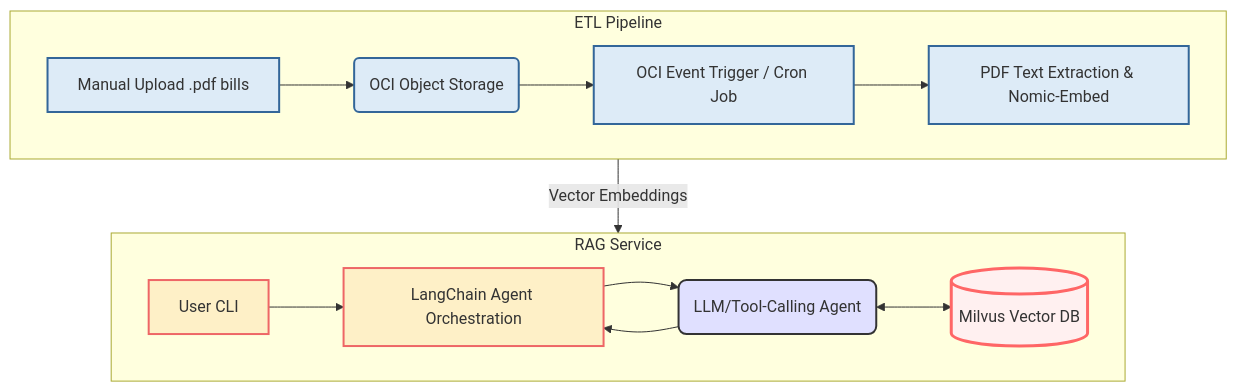
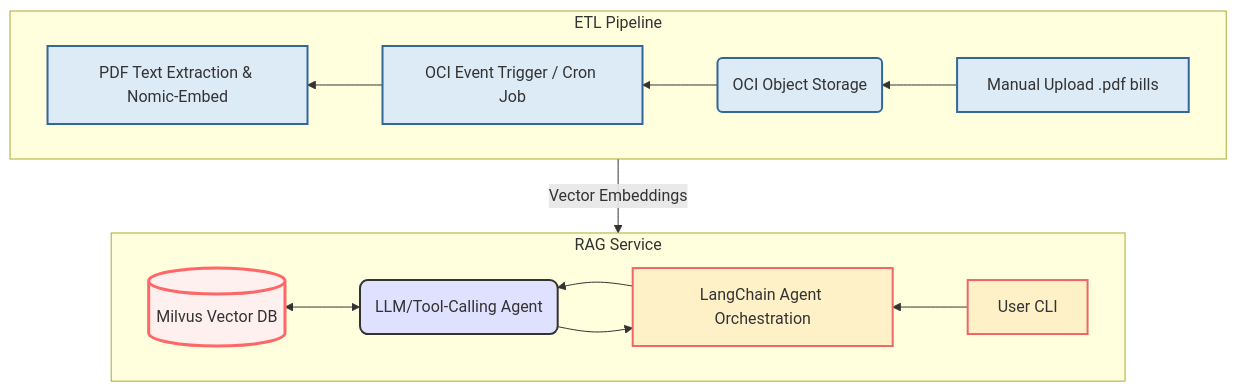
The diagram in README.md (Alvan-Dmello/Intelligent-Utility-Bill-RAG), drawn with Mermaid before and after one commit.

````diff
--- a/README.md
+++ b/README.md
@@ -29,79 +29,79 @@
 ```mermaid
 
 graph TD
 
 classDef etl fill:#DDEBF7,stroke:#369,stroke-width:2px;
 
 classDef rag fill:#FEF0C7,stroke:#E66,stroke-width:2px;
 
 classDef db fill:#FCE9E9,stroke:#F00,stroke-width:3px;
 
 classDef interface fill:#E6FFED,stroke:#0A0;
 
 
 
 subgraph ETL Pipeline
 
-direction LR
+direction RL
 
 A[Manual Upload .pdf bills]:::interface
 
 B(OCI Object Storage)
 
 C[OCI Event Trigger / Cron Job]
 
 D[PDF Text Extraction & Nomic-Embed]
 
 
 
 A --> B --> C --> D;
 
 class A,B,C,D etl
 
 end
 
 
 
 subgraph RAG Service
 
-direction LR
+direction RL
 
 F[User CLI]:::interface
 
 I[LangChain Agent Orchestration]
 
 H(LLM/Tool-Calling Agent)
 
 E[(Milvus Vector DB)]:::db
 
 
 
 F --> I;
 
 I --> H;
 
 H <--> E;
 
 H --> I;
 
 
 
 class F,I,H rag
 
 end
 
 
 
 %% Link the two subgraphs
 
 D -- Vector Embeddings --> E;
 
 
 
 %% Explicitly style the DB and Agent for emphasis (optional, can be removed if classes are enough)
 
 style H fill:#E0E0FF,stroke:#333,stroke-width:2px,rx:8px,ry:8px
 
 style E fill:#FFF0F0,stroke:#F66,stroke-width:3px
 
 ```
````
